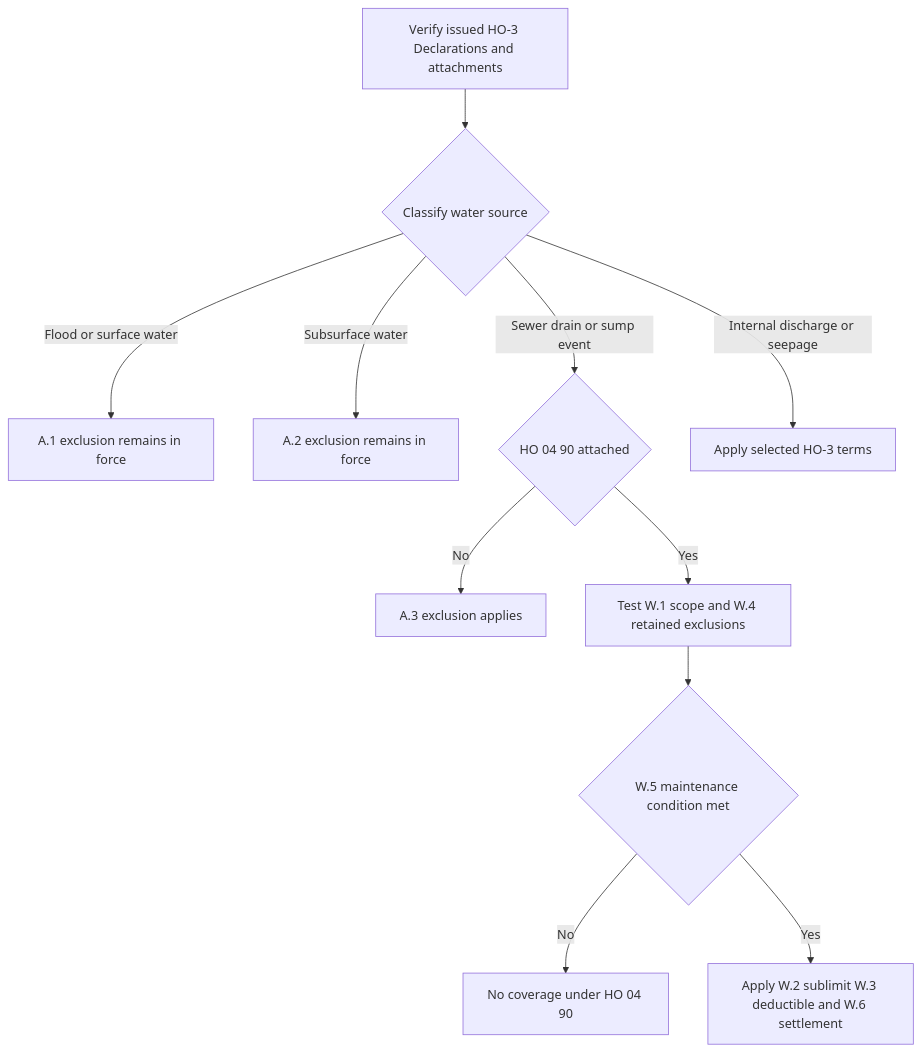
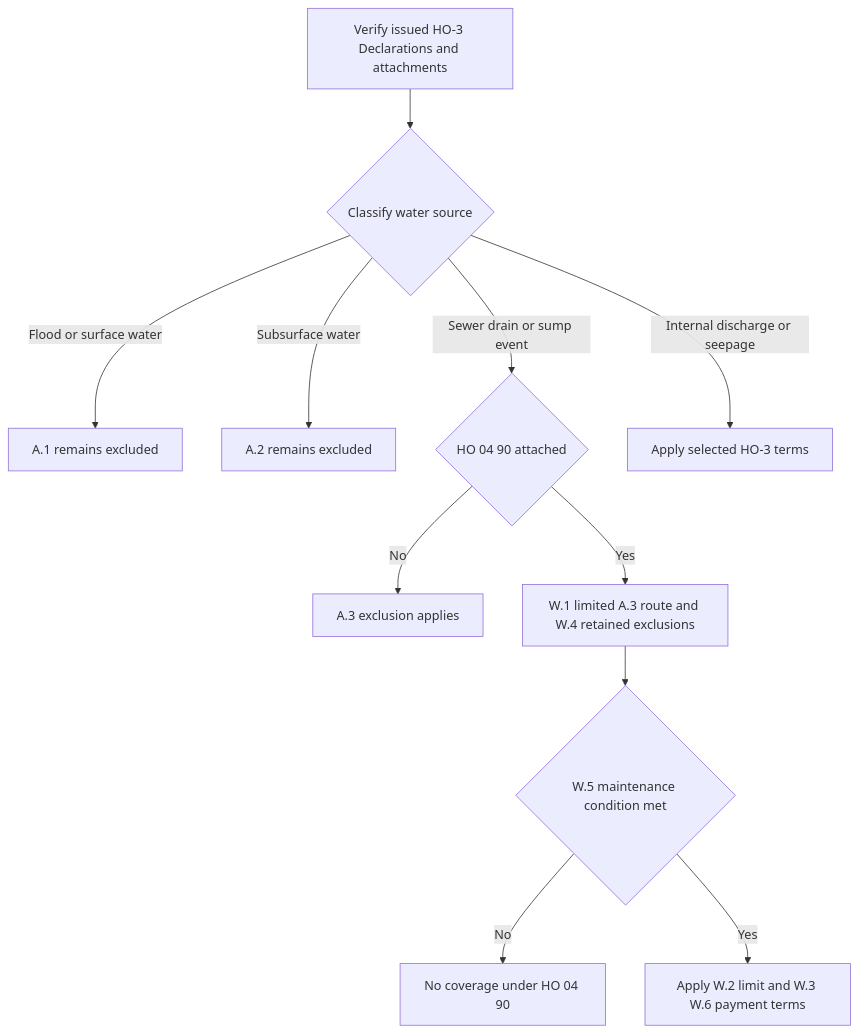
One commit to eugeneliu-86/openwiki-insurance-corpus changed the diagram in openwiki/coverage/property/water-damage-and-backup.md. Above: the diagram before and after it, drawn with Mermaid. The commit also changed other lines of this file and 47 other files, not shown here.

````diff
--- a/openwiki/coverage/property/water-damage-and-backup.md
+++ b/openwiki/coverage/property/water-damage-and-backup.md
@@ -49,13 +49,13 @@
 ```mermaid
 flowchart TD
     Record["Verify issued HO-3 Declarations and attachments"] --> Source{"Classify water source"}
-    Source -- "Flood or surface water" --> AOne["A.1 exclusion remains in force"]
-    Source -- "Subsurface water" --> ATwo["A.2 exclusion remains in force"]
+    Source -- "Flood or surface water" --> AOne["A.1 remains excluded"]
+    Source -- "Subsurface water" --> ATwo["A.2 remains excluded"]
     Source -- "Sewer drain or sump event" --> AThree{"HO 04 90 attached"}
     Source -- "Internal discharge or seepage" --> Other["Apply selected HO-3 terms"]
     AThree -- "No" --> AThreeBar["A.3 exclusion applies"]
-    AThree -- "Yes" --> Scope["Test W.1 scope and W.4 retained exclusions"]
+    AThree -- "Yes" --> Scope["W.1 limited A.3 route and W.4 retained exclusions"]
     Scope --> Maint{"W.5 maintenance condition met"}
     Maint -- "No" --> NoWriteback["No coverage under HO 04 90"]
-    Maint -- "Yes" --> Terms["Apply W.2 sublimit W.3 deductible and W.6 settlement"]
+    Maint -- "Yes" --> Terms["Apply W.2 limit and W.3 W.6 payment terms"]
 ```
````
